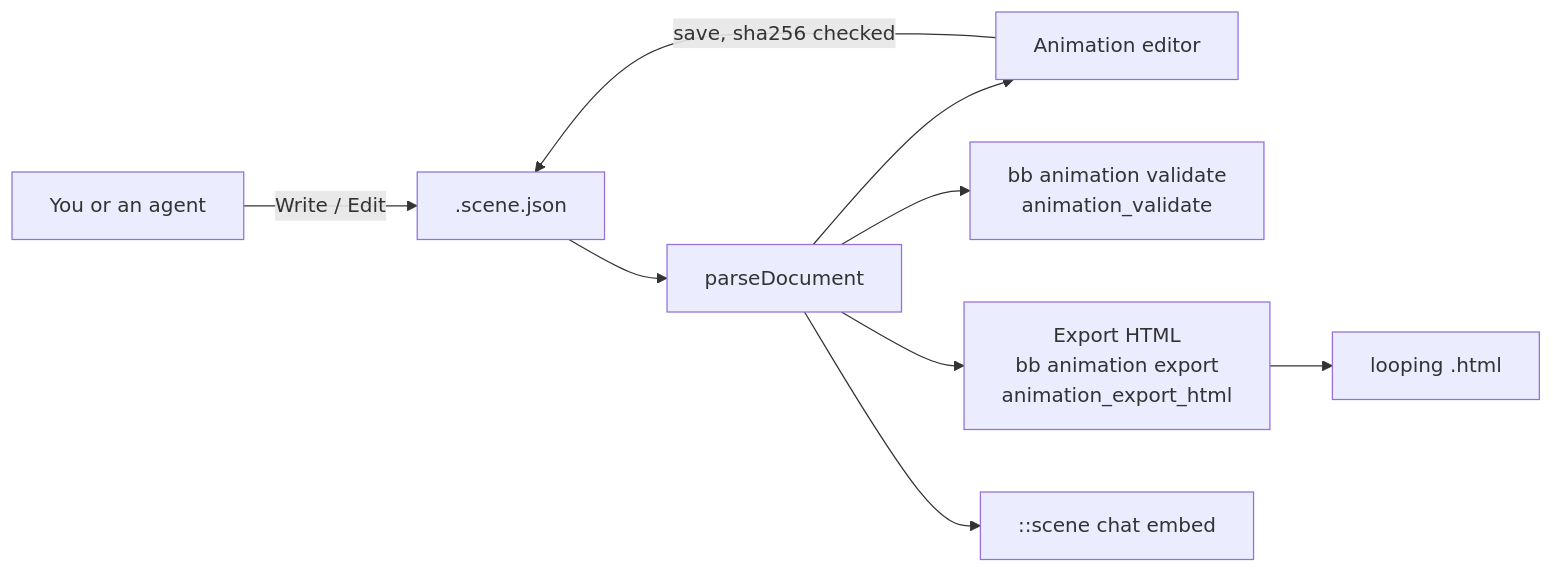
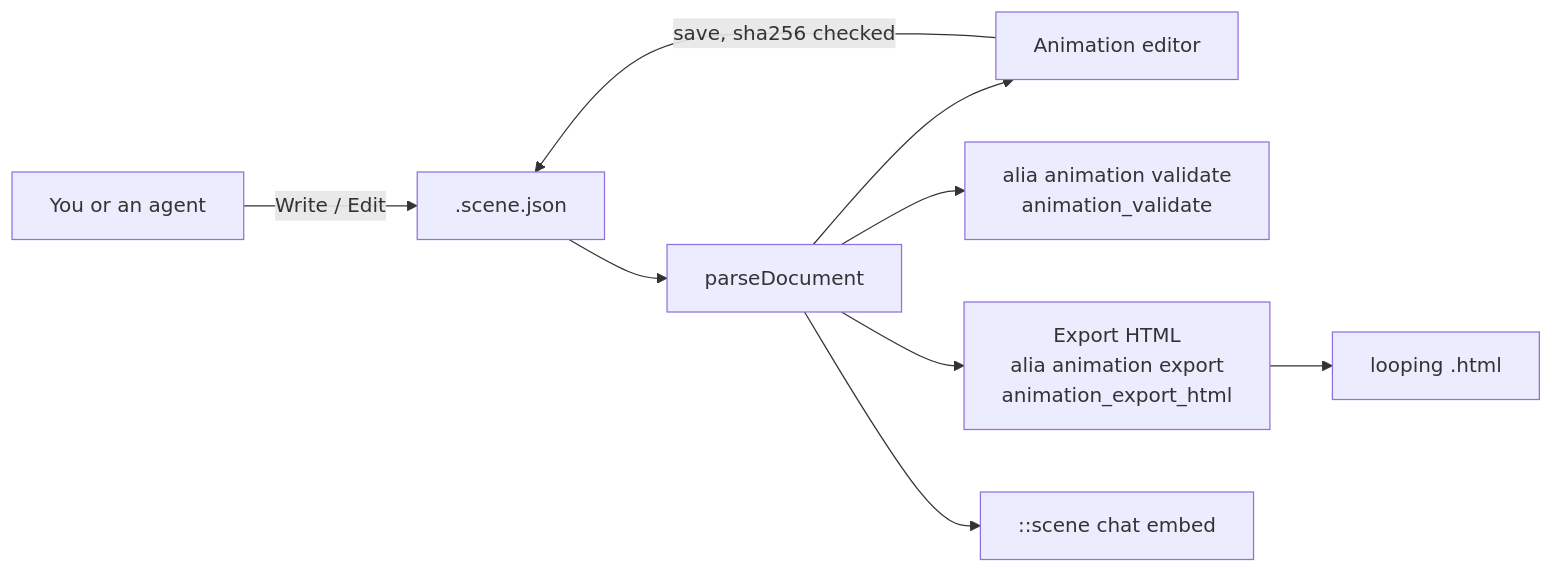
The diagram in plugins/animation/README.md (Vesnalia/vesnalia-plugins), drawn with Mermaid before and after one commit. The commit also changed other lines of this file and 13306 other files, not shown here.

````diff
--- a/plugins/animation/README.md
+++ b/plugins/animation/README.md
@@ -154,11 +154,11 @@
 ```mermaid
 flowchart LR
   A["You or an agent"] -->|"Write / Edit"| F[".scene.json"]
   F --> P["parseDocument"]
   P --> E["Animation editor"]
-  P --> V["bb animation validate<br>animation_validate"]
-  P --> X["Export HTML<br>bb animation export<br>animation_export_html"]
+  P --> V["alia animation validate<br>animation_validate"]
+  P --> X["Export HTML<br>alia animation export<br>animation_export_html"]
   P --> C["::scene chat embed"]
   E -->|"save, sha256 checked"| F
   X --> H["looping .html"]
 ```
````
